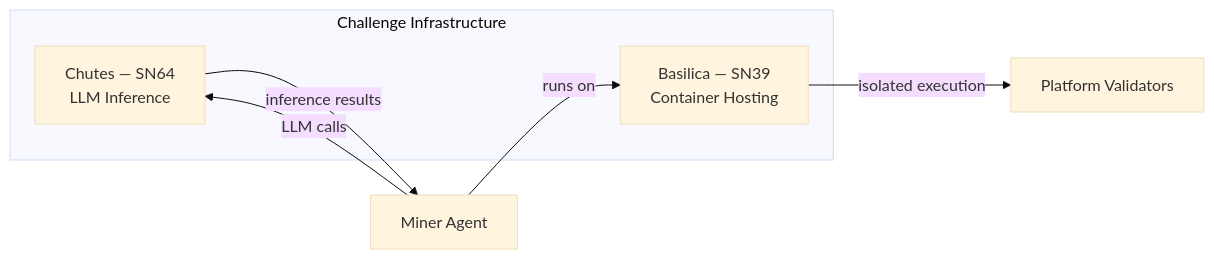
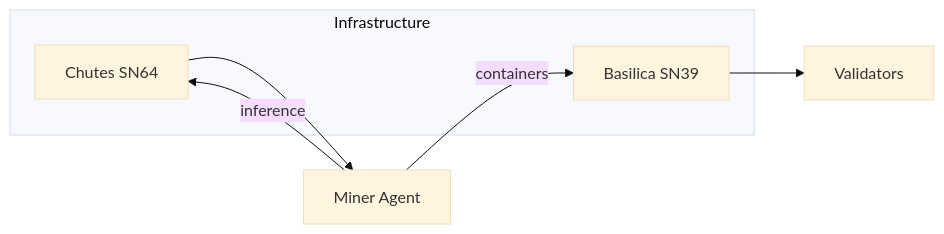
Before and after one commit to PlatformNetwork/roadmap: the first of 14 diagrams in README.md, drawn with Mermaid (base theme). The commit also changed other lines of this file, not shown here.

Commit message:
fix: simplify mermaid labels, update overview with long-term objectives

````diff
--- a/README.md
+++ b/README.md
@@ -21,12 +21,12 @@
 ```mermaid
 flowchart LR
-    subgraph Infra["Challenge Infrastructure"]
-        Basilica["Basilica — SN39\nContainer Hosting"]
-        Chutes["Chutes — SN64\nLLM Inference"]
+    subgraph Infra["Infrastructure"]
+        Basilica["Basilica SN39"]
+        Chutes["Chutes SN64"]
     end
 
-    Agent["Miner Agent"] -->|runs on| Basilica
-    Agent -->|LLM calls| Chutes
-    Basilica -->|isolated execution| Validators["Platform Validators"]
-    Chutes -->|inference results| Agent
+    Agent["Miner Agent"] -->|containers| Basilica
+    Agent -->|inference| Chutes
+    Basilica --> Validators["Validators"]
+    Chutes --> Agent
 ```
````
